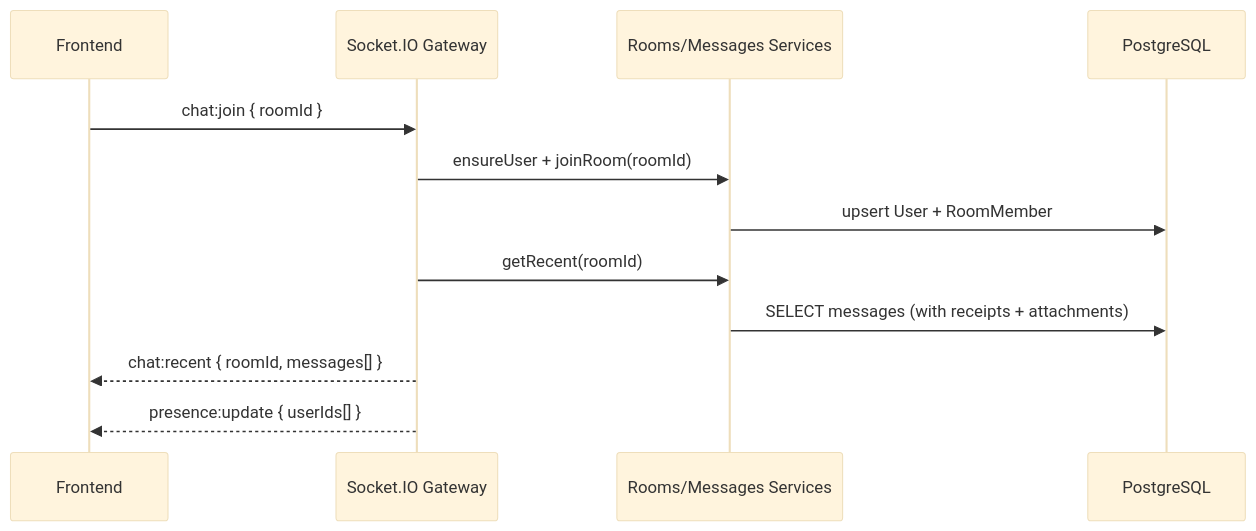
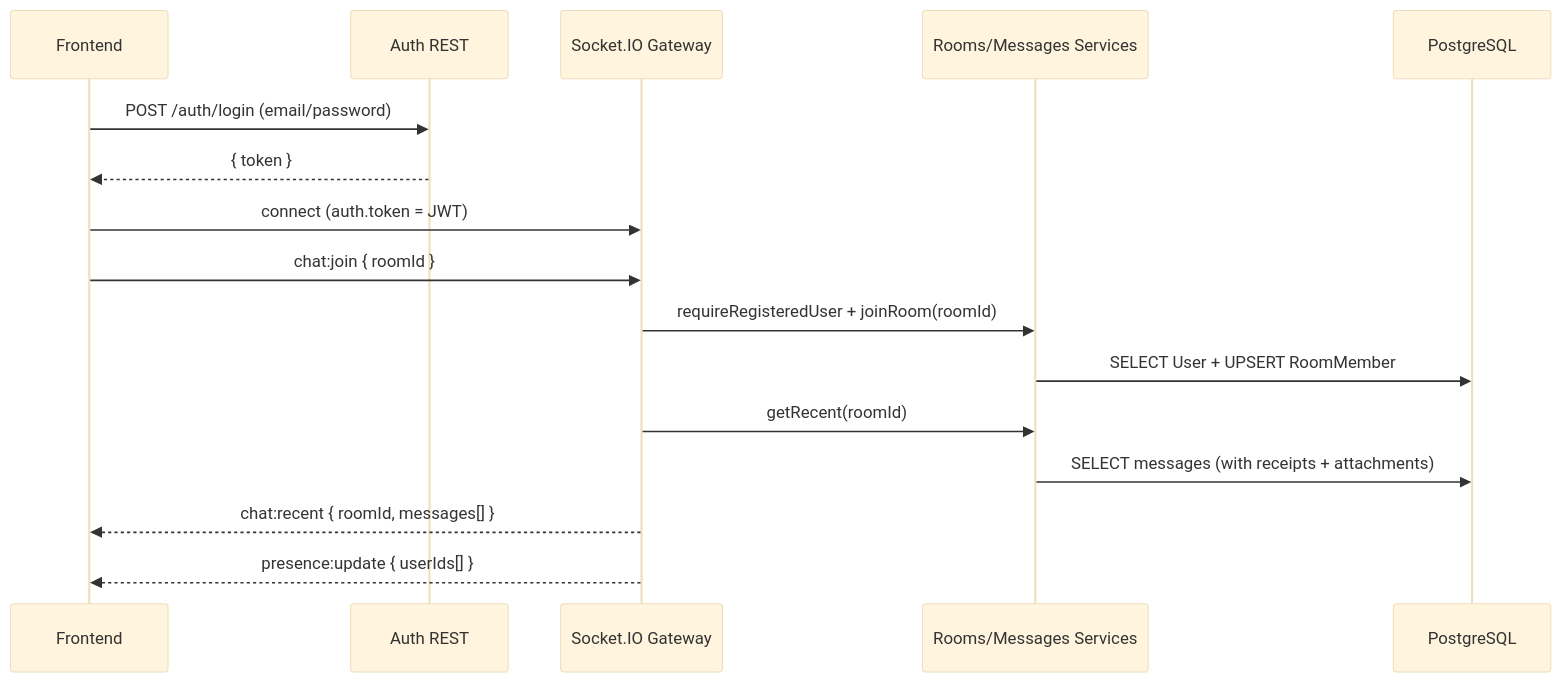
The third of 5 diagrams in README.md (mikias1219/backend-chat), drawn with Mermaid (base theme) before and after one commit. The commit also changed other lines of this file and 51 other files, not shown here.

````diff
--- a/README.md
+++ b/README.md
@@ -172,15 +222,19 @@
 ```mermaid
 sequenceDiagram
   participant FE as Frontend
+  participant AUTH as Auth REST
   participant WS as Socket.IO Gateway
   participant SVC as Rooms/Messages Services
   participant DB as PostgreSQL
 
+  FE->>AUTH: POST /auth/login (email/password)
+  AUTH-->>FE: { token }
+  FE->>WS: connect (auth.token = JWT)
   FE->>WS: chat:join { roomId }
-  WS->>SVC: ensureUser + joinRoom(roomId)
-  SVC->>DB: upsert User + RoomMember
+  WS->>SVC: requireRegisteredUser + joinRoom(roomId)
+  SVC->>DB: SELECT User + UPSERT RoomMember
   WS->>SVC: getRecent(roomId)
   SVC->>DB: SELECT messages (with receipts + attachments)
   WS-->>FE: chat:recent { roomId, messages[] }
   WS-->>FE: presence:update { userIds[] }
 ```
````
